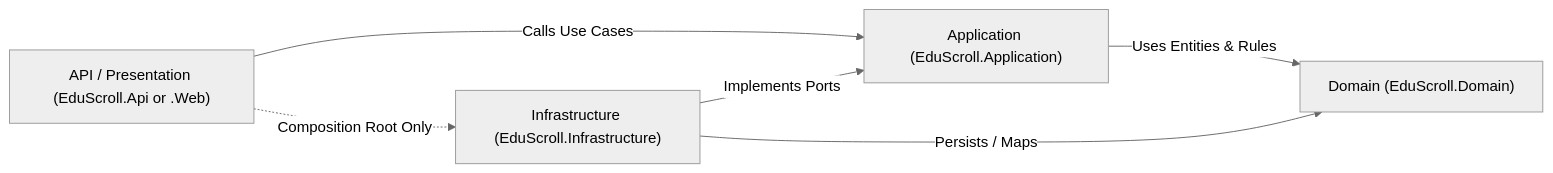
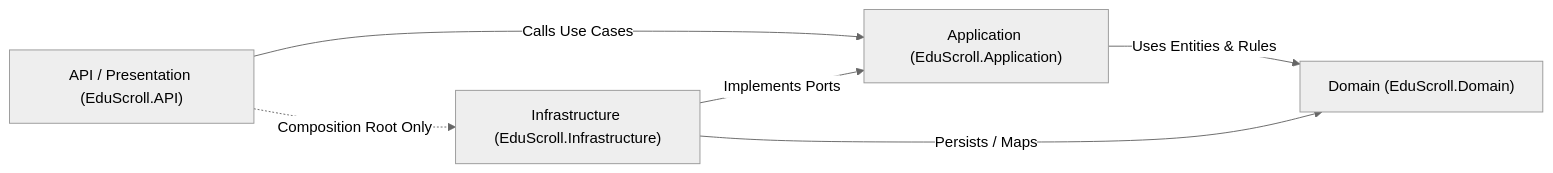
Before and after one commit to Abdullah-Alabduly/EduScroll: the diagram in docs/03-architecture/backend-architecture.md, drawn with Mermaid (neutral theme). The commit also changed other lines of this file and 47 other files, not shown here.

````diff
--- a/docs/03-architecture/backend-architecture.md
+++ b/docs/03-architecture/backend-architecture.md
@@ -27,8 +28,8 @@
 ```mermaid
 flowchart LR
-    API["API / Presentation (EduScroll.Api or .Web)"] -->|Calls Use Cases| APP["Application (EduScroll.Application)"]
+    API["API / Presentation (EduScroll.API)"] -->|Calls Use Cases| APP["Application (EduScroll.Application)"]
     INFRA["Infrastructure (EduScroll.Infrastructure)"] -->|Implements Ports| APP
     INFRA -->|Persists / Maps| DOM["Domain (EduScroll.Domain)"]
     APP -->|Uses Entities & Rules| DOM
     API -.->|Composition Root Only| INFRA
 ```
````
